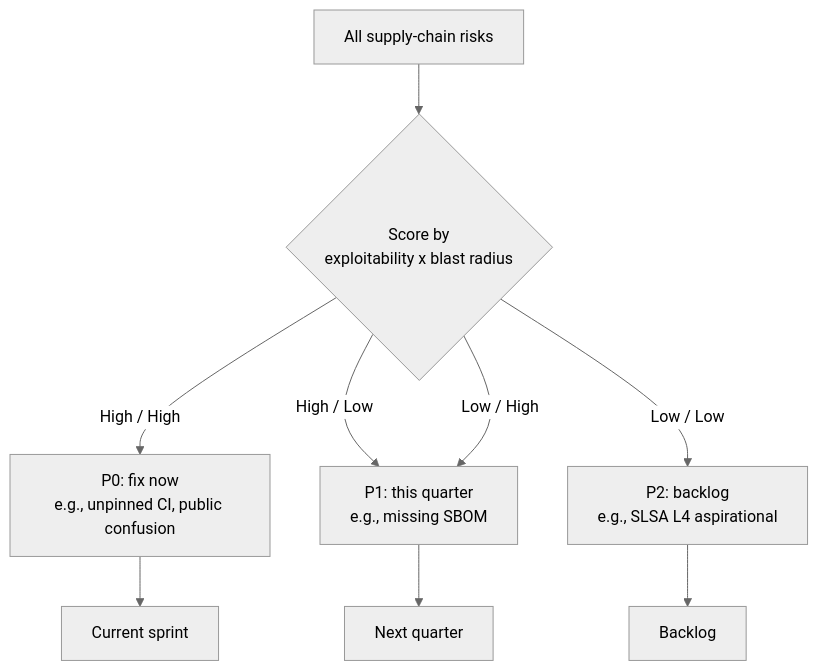
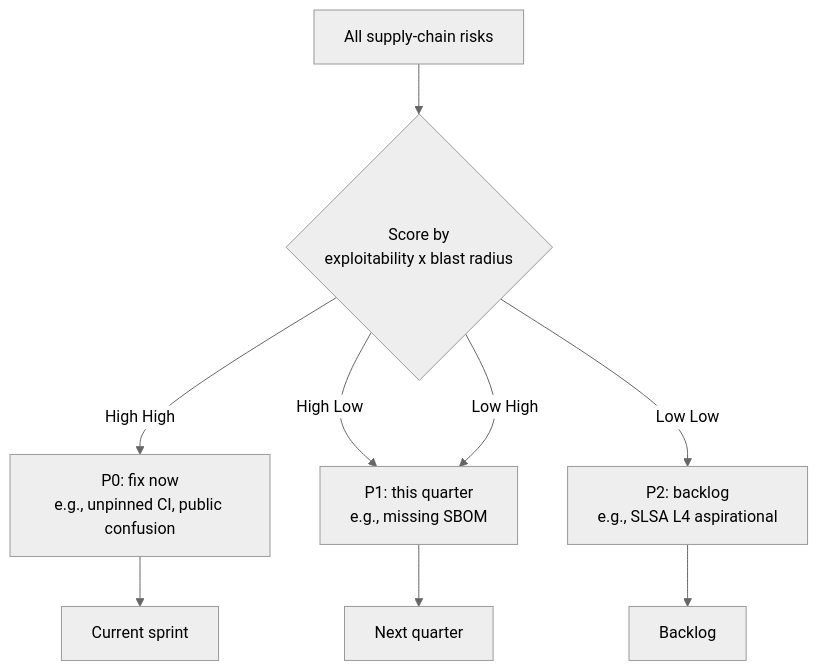
One commit to bumbsclaw/textbooks changed the seventh of 7 diagrams in book-01-foundations/ch10-building-a-program.md. Above: the diagram before and after it, drawn with Mermaid (neutral theme). The commit also changed other lines of this file and 173 other files, not shown here.

First line of the commit message:
fix(mermaid): close note brackets, semicolons in Notes, stateDiagram br -> dash, edge parens

````diff
--- a/book-01-foundations/ch10-building-a-program.md
+++ b/book-01-foundations/ch10-building-a-program.md
@@ -752,11 +752,11 @@
 ```mermaid
 flowchart TD
     BACKLOG["All supply-chain risks"] --> SCORE{"Score by<br/>exploitability x blast radius"}
-    SCORE -->|High / High| P0["P0: fix now<br/>e.g., unpinned CI, public confusion"]
-    SCORE -->|High / Low| P1["P1: this quarter<br/>e.g., missing SBOM"]
-    SCORE -->|Low / High| P1
-    SCORE -->|Low / Low| P2["P2: backlog<br/>e.g., SLSA L4 aspirational"]
+    SCORE -->|High High| P0["P0: fix now<br/>e.g., unpinned CI, public confusion"]
+    SCORE -->|High Low| P1["P1: this quarter<br/>e.g., missing SBOM"]
+    SCORE -->|Low High| P1
+    SCORE -->|Low Low| P2["P2: backlog<br/>e.g., SLSA L4 aspirational"]
     P0 --> SPRINT["Current sprint"]
     P1 --> NEXT["Next quarter"]
     P2 --> BACK["Backlog"]
 ```
````
